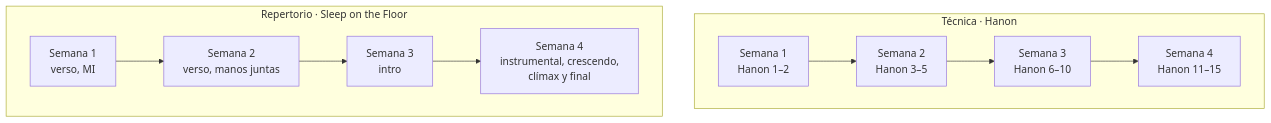
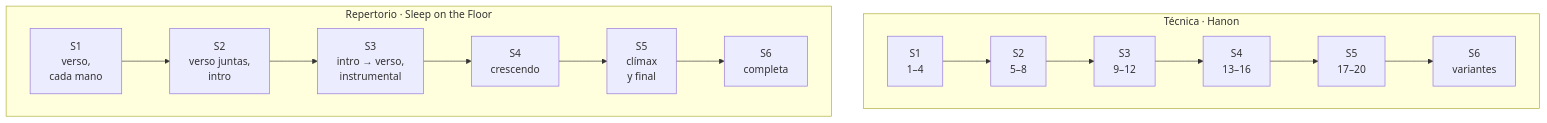
The ninth of 12 diagrams in 4. Instrumento/1. Piano/Cheat sheet - acordes mayores.md (IrfDev/notes_musica), drawn with Mermaid before and after one commit. The commit also changed other lines of this file and 52 other files, not shown here.

````diff
--- a/4. Instrumento/1. Piano/Cheat sheet - acordes mayores.md
+++ b/4. Instrumento/1. Piano/Cheat sheet - acordes mayores.md
@@ -1159,11 +1165,11 @@
 ```mermaid
 flowchart TB
     subgraph TEC["Técnica · Hanon"]
         direction LR
-        H1["Semana 1<br/>Hanon 1–2"] --> H2["Semana 2<br/>Hanon 3–5"] --> H3["Semana 3<br/>Hanon 6–10"] --> H4["Semana 4<br/>Hanon 11–15"]
+        H1["S1<br/>1–4"] --> H2["S2<br/>5–8"] --> H3["S3<br/>9–12"] --> H4["S4<br/>13–16"] --> H5["S5<br/>17–20"] --> H6["S6<br/>variantes"]
     end
     subgraph REP["Repertorio · Sleep on the Floor"]
         direction LR
-        R1["Semana 1<br/>verso, MI"] --> R2["Semana 2<br/>verso, manos juntas"] --> R3["Semana 3<br/>intro"] --> R4["Semana 4<br/>instrumental, crescendo,<br/>clímax y final"]
+        R1["S1<br/>verso,<br/>cada mano"] --> R2["S2<br/>verso juntas,<br/>intro"] --> R3["S3<br/>intro → verso,<br/>instrumental"] --> R4["S4<br/>crescendo"] --> R5["S5<br/>clímax<br/>y final"] --> R6["S6<br/>completa"]
     end
 ```
````
